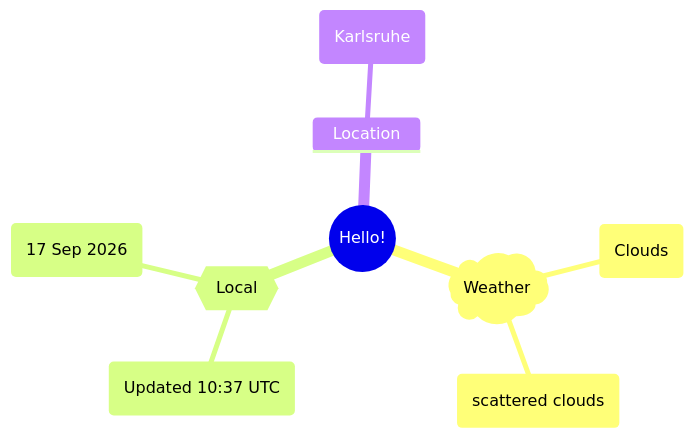
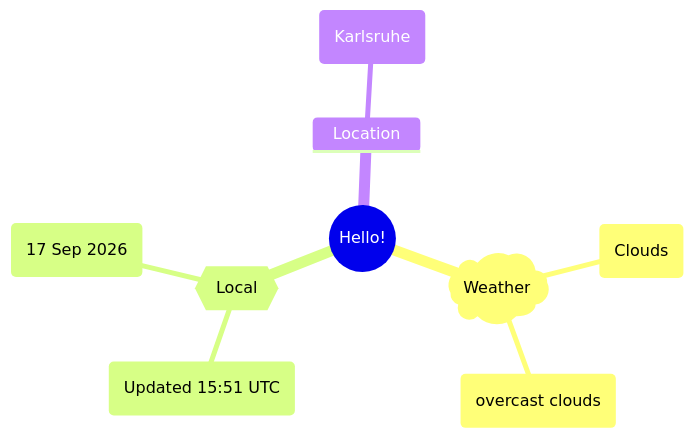
One commit to Xosrov/Xosrov changed the first of 2 diagrams in README.md. Above: the diagram before and after it, drawn with Mermaid.

Commit message:
[bot] updated images

````diff
--- a/README.md
+++ b/README.md
@@ -3,12 +3,12 @@
 ```mermaid
 mindmap
   root((Hello!))
     )Weather(
         (Clouds)
-        (scattered clouds)
+        (overcast clouds)
     {{Local}}
-        (Updated 10:37 UTC)
+        (Updated 15:51 UTC)
         (17 Sep 2026)
     Location
         (Karlsruhe)
 ```
````
